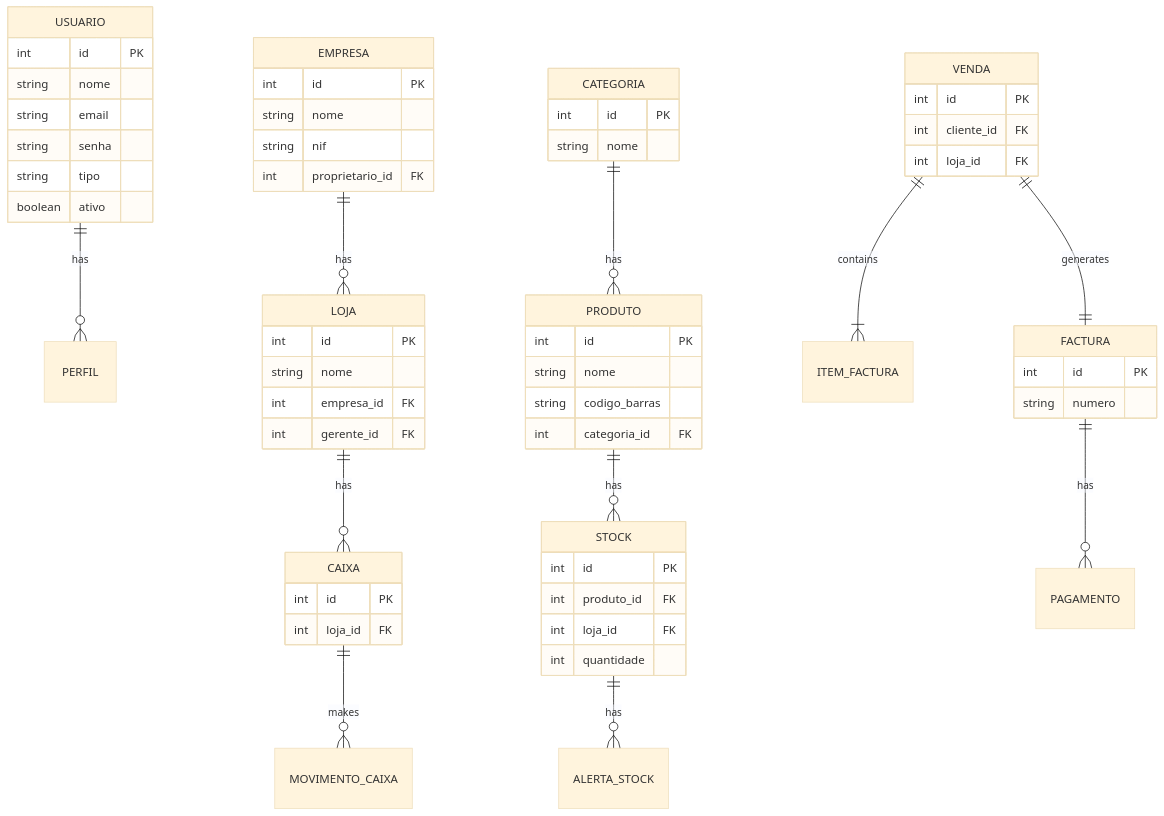
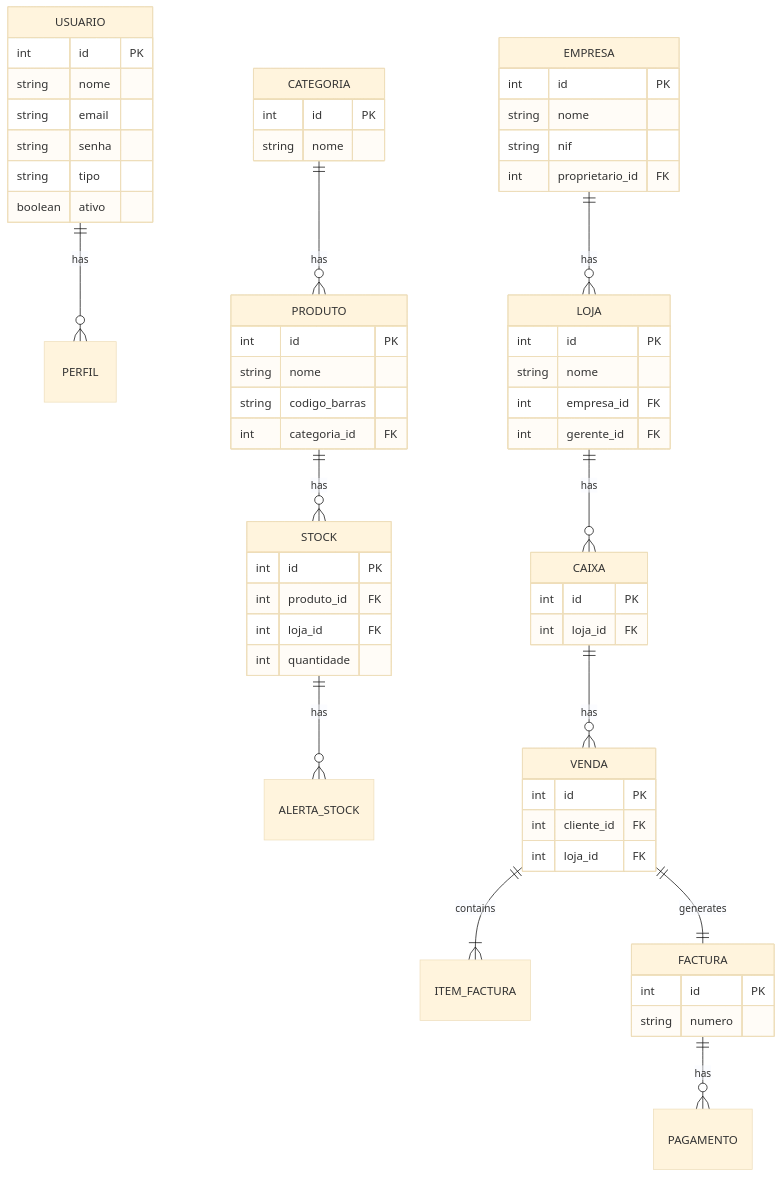
Before and after one commit to WildKnuckles/Portfolio: the first of 2 diagrams in README.md, drawn with Mermaid (base theme).

````diff
--- a/README.md
+++ b/README.md
@@ -1,70 +1,70 @@
 ```mermaid
 erDiagram
     USUARIO ||--o{ PERFIL : has
     USUARIO {
         int id PK
         string nome
         string email
         string senha
         string tipo
         boolean ativo
     }
     
     EMPRESA ||--o{ LOJA : has
     EMPRESA {
         int id PK
         string nome
         string nif
         int proprietario_id FK
     }
     
     LOJA ||--o{ CAIXA : has
     LOJA {
         int id PK
         string nome
         int empresa_id FK
         int gerente_id FK
     }
     
     CATEGORIA ||--o{ PRODUTO : has
     CATEGORIA {
         int id PK
         string nome
     }
     
     PRODUTO ||--o{ STOCK : has
     PRODUTO {
         int id PK
         string nome
         string codigo_barras
         int categoria_id FK
     }
     
     STOCK ||--o{ ALERTA_STOCK : has
     STOCK {
         int id PK
         int produto_id FK
         int loja_id FK
         int quantidade
     }
     
-    
-    CAIXA ||--o{ MOVIMENTO_CAIXA : makes
-    CAIXA {
-        int id PK
-        int loja_id FK
-    }
     VENDA ||--|{ ITEM_FACTURA : contains
     VENDA ||--|| FACTURA : generates
     VENDA {
         int id PK
         int cliente_id FK
         int loja_id FK
     }
     
     FACTURA ||--o{ PAGAMENTO : has
     FACTURA {
         int id PK
         string numero
     }
+    
+    CAIXA ||--o{ VENDA : has
+    CAIXA {
+        int id PK
+        int loja_id FK
+    }
 ```
````
